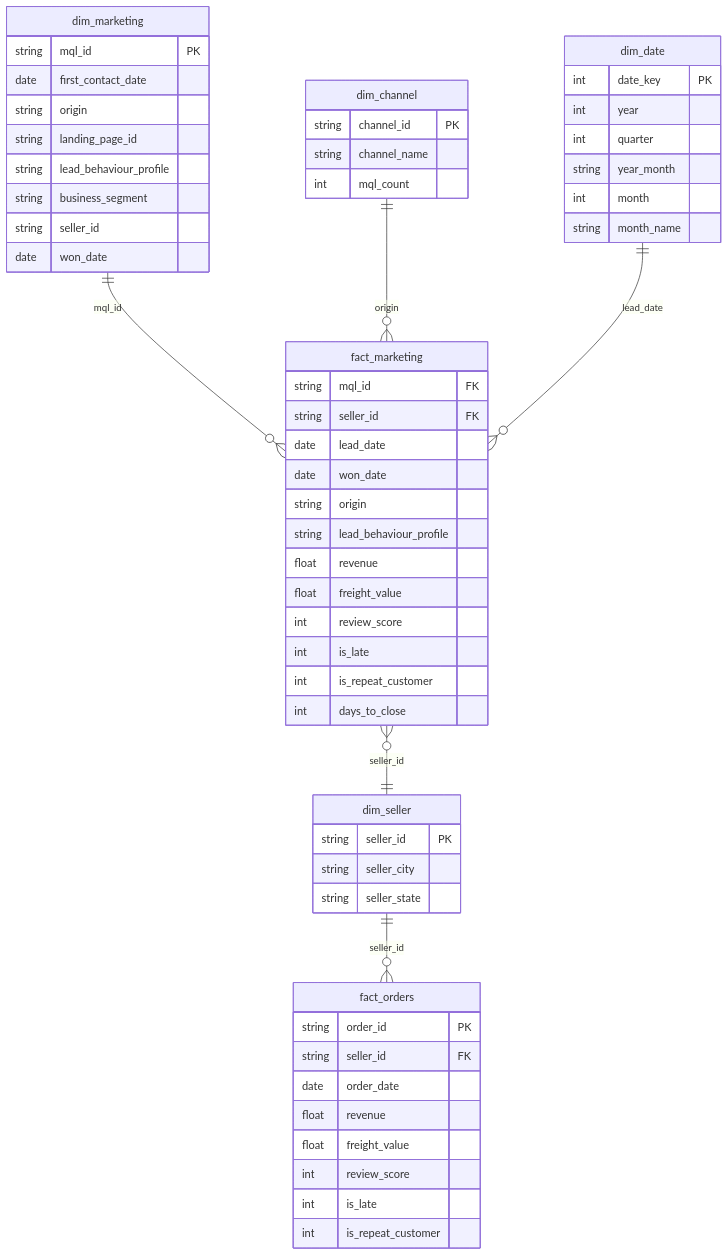
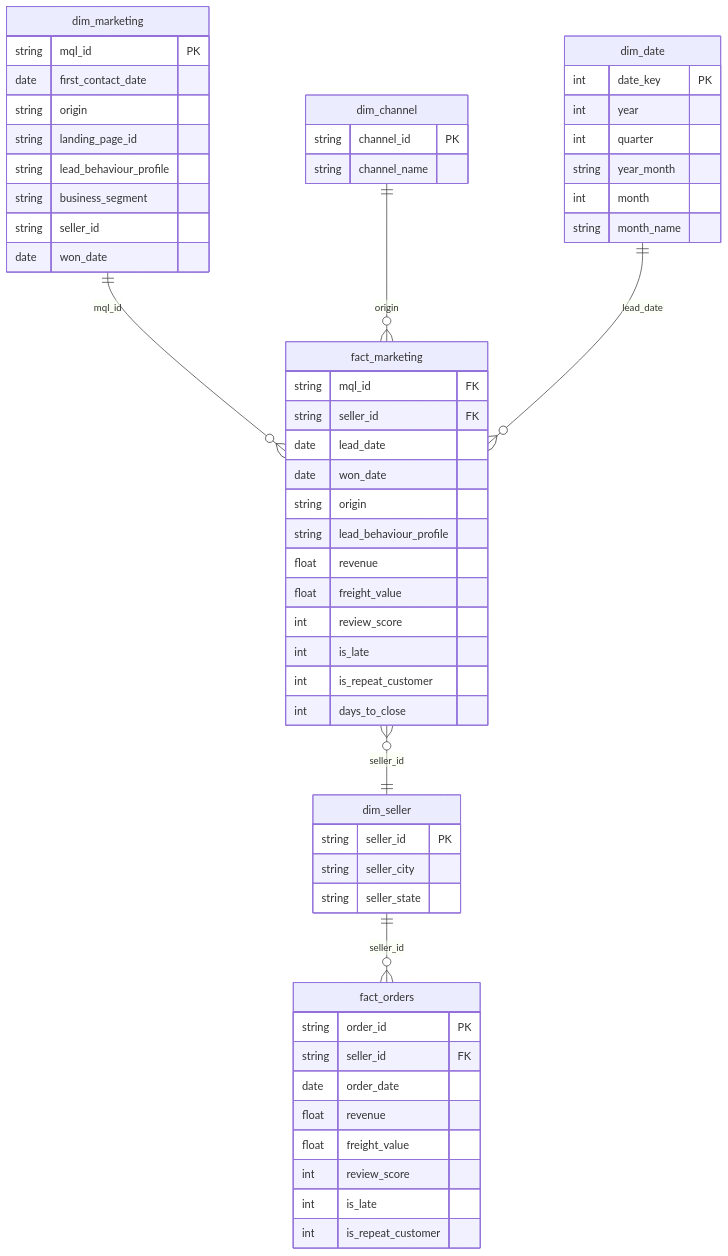
One commit to albarpambagio/olist-marketing-dashboard changed the first of 2 diagrams in docs/powerbi_build_guide.md. Above: the diagram before and after it, drawn with Mermaid. The commit also changed 1 other file, not shown here.

Commit message:
[Marketing] Remove pre-aggregated mql_count from dim_channel

````diff
--- a/docs/powerbi_build_guide.md
+++ b/docs/powerbi_build_guide.md
@@ -11,66 +11,65 @@
 ```mermaid
 erDiagram
     dim_marketing ||--o{ fact_marketing : "mql_id"
     dim_channel ||--o{ fact_marketing : "origin"
     dim_date ||--o{ fact_marketing : "lead_date"
     fact_marketing }o--|| dim_seller : "seller_id"
     dim_seller ||--o{ fact_orders : "seller_id"
 
     dim_marketing {
         string mql_id PK
         date first_contact_date
         string origin
         string landing_page_id
         string lead_behaviour_profile
         string business_segment
         string seller_id
         date won_date
     }
 
     dim_channel {
         string channel_id PK
         string channel_name
-        int mql_count
     }
 
     dim_date {
         int date_key PK
         int year
         int quarter
         string year_month
         int month
         string month_name
     }
 
     fact_marketing {
         string mql_id FK
         string seller_id FK
         date lead_date
         date won_date
         string origin
         string lead_behaviour_profile
         float revenue
         float freight_value
         int review_score
         int is_late
         int is_repeat_customer
         int days_to_close
     }
 
     dim_seller {
         string seller_id PK
         string seller_city
         string seller_state
     }
 
     fact_orders {
         string order_id PK
         string seller_id FK
         date order_date
         float revenue
         float freight_value
         int review_score
         int is_late
         int is_repeat_customer
     }
 ```
````
